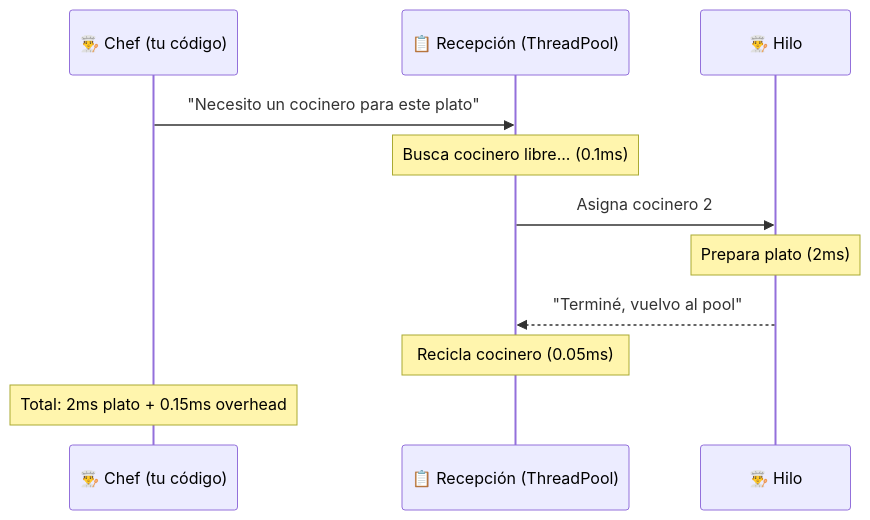
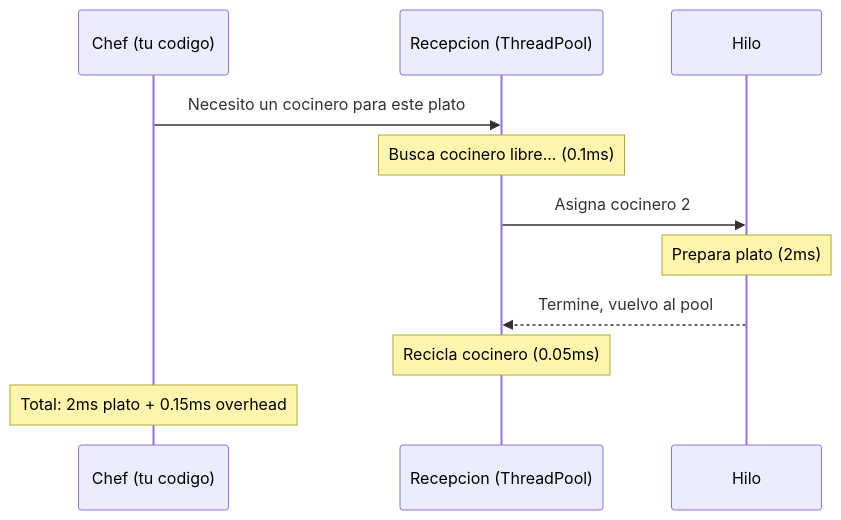
Before and after one commit to joseluisgs/DesarrolloWebEntornosServidor-01-2026-2027: diagram 11 of 19 in 16-concurrencia-asincronia.md, drawn with Mermaid. The commit also changed other lines of this file, not shown here.

First line of the commit message:
fix(UD01): eliminar style statements y emojis de sequenceDiagram en tema 16

````diff
--- a/16-concurrencia-asincronia.md
+++ b/16-concurrencia-asincronia.md
@@ -467,15 +449,15 @@
 ```mermaid
 sequenceDiagram
-    participant C as 👨‍🍳 Chef (tu código)
-    participant R as 📋 Recepción (ThreadPool)
-    participant H as 👨‍🍳 Hilo
+    participant C as Chef (tu codigo)
+    participant R as Recepcion (ThreadPool)
+    participant H as Hilo
 
-    C->>R: "Necesito un cocinero para este plato"
+    C->>R: Necesito un cocinero para este plato
     Note over R: Busca cocinero libre... (0.1ms)
     R->>H: Asigna cocinero 2
     Note over H: Prepara plato (2ms)
-    H-->>R: "Terminé, vuelvo al pool"
+    H-->>R: Termine, vuelvo al pool
     Note over R: Recicla cocinero (0.05ms)
     
     Note over C: Total: 2ms plato + 0.15ms overhead
 ```
````
